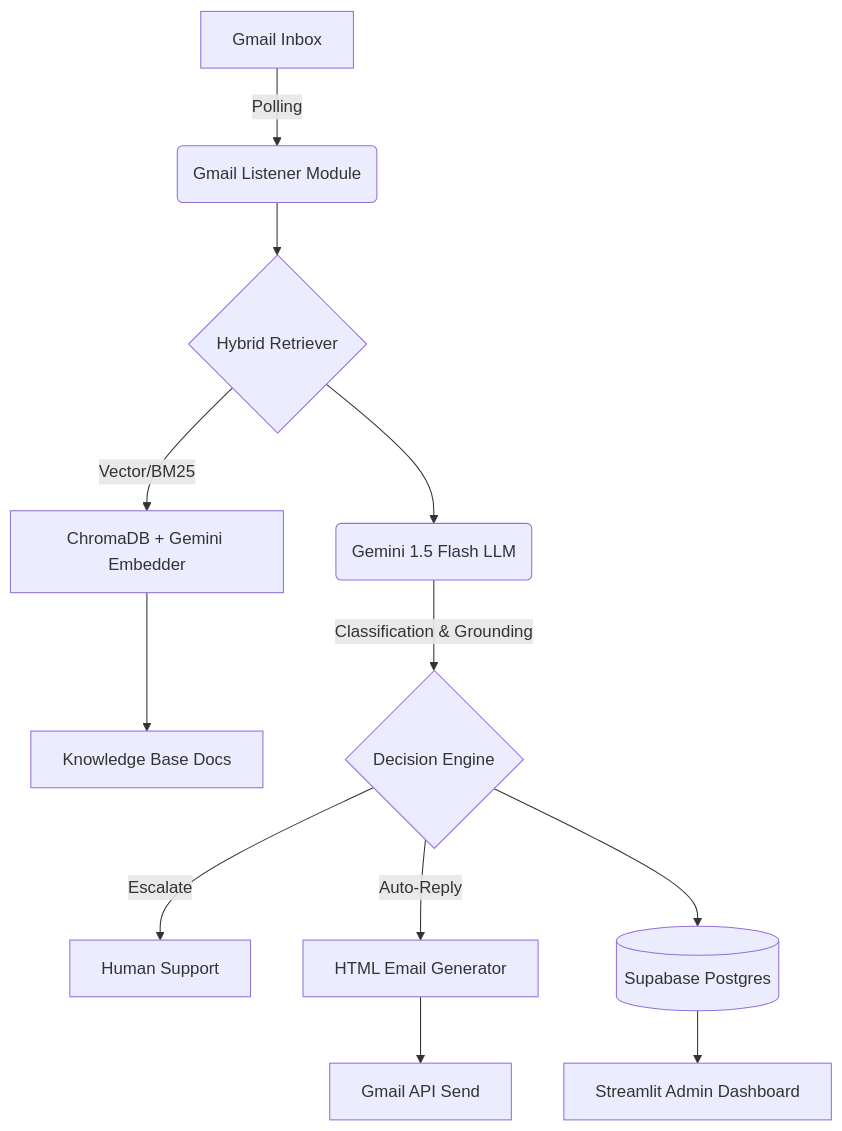
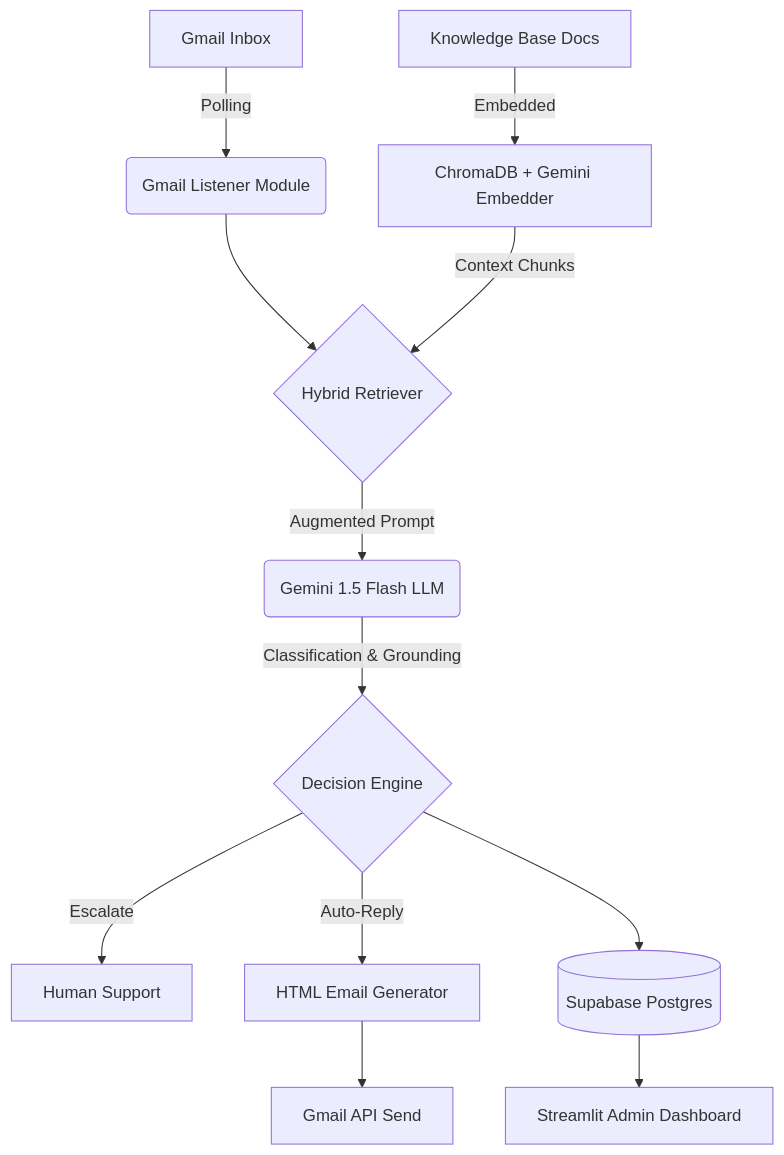
Before and after one commit to Naveenk654/pw-triage-agent: the diagram in README.md, drawn with Mermaid.

Commit message:
Fix Mermaid diagram connections for accurate RAG representation

````diff
--- a/README.md
+++ b/README.md
@@ -73,14 +73,14 @@
 ```mermaid
 graph TD
     A[Gmail Inbox] -->|Polling| B(Gmail Listener Module)
     B --> C{Hybrid Retriever}
-    C -->|Vector/BM25| D[ChromaDB + Gemini Embedder]
-    D --> E[Knowledge Base Docs]
-    C --> F(Gemini 1.5 Flash LLM)
+    E[Knowledge Base Docs] -->|Embedded| D[ChromaDB + Gemini Embedder]
+    D -->|Context Chunks| C
+    C -->|Augmented Prompt| F(Gemini 1.5 Flash LLM)
     F -->|Classification & Grounding| G{Decision Engine}
     G -->|Escalate| H[Human Support]
     G -->|Auto-Reply| I[HTML Email Generator]
     I --> J[Gmail API Send]
     G --> K[(Supabase Postgres)]
     K --> L[Streamlit Admin Dashboard]
 ```
````
